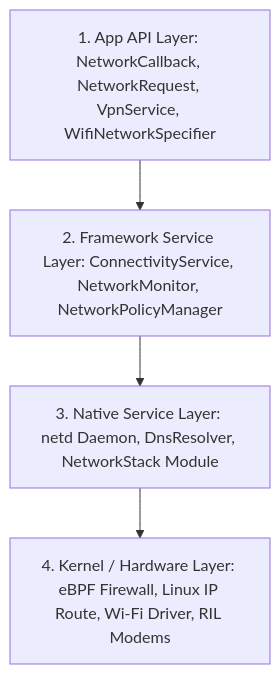
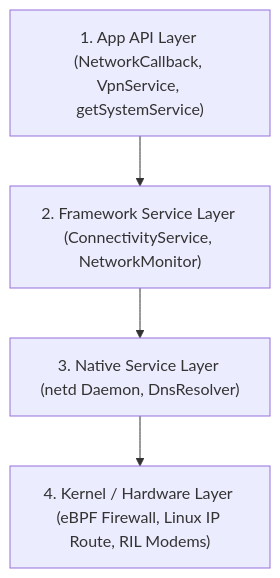
The diagram in 01_inbox/mobile/android/01_system_internals/connectivity/android-connectivity.md (youngmin-gwon/what-i-studied), drawn with Mermaid before and after one commit. The commit also changed other lines of this file and 16 other files, not shown here.

````diff
--- a/01_inbox/mobile/android/01_system_internals/connectivity/android-connectivity.md
+++ b/01_inbox/mobile/android/01_system_internals/connectivity/android-connectivity.md
@@ -19,7 +22,7 @@
 ```mermaid
 graph TD
-    AppLayer[1. App API Layer: NetworkCallback, NetworkRequest, VpnService, WifiNetworkSpecifier] --> FrameworkLayer
-    FrameworkLayer[2. Framework Service Layer: ConnectivityService, NetworkMonitor, NetworkPolicyManager] --> NativeLayer
-    NativeLayer[3. Native Service Layer: netd Daemon, DnsResolver, NetworkStack Module] --> KernelLayer
-    KernelLayer[4. Kernel / Hardware Layer: eBPF Firewall, Linux IP Route, Wi-Fi Driver, RIL Modems]
+    AppLayer["1. App API Layer (NetworkCallback, VpnService, getSystemService)"] --> FrameworkLayer
+    FrameworkLayer["2. Framework Service Layer (ConnectivityService, NetworkMonitor)"] --> NativeLayer
+    NativeLayer["3. Native Service Layer (netd Daemon, DnsResolver)"] --> KernelLayer
+    KernelLayer["4. Kernel / Hardware Layer (eBPF Firewall, Linux IP Route, RIL Modems)"]
 ```
````
